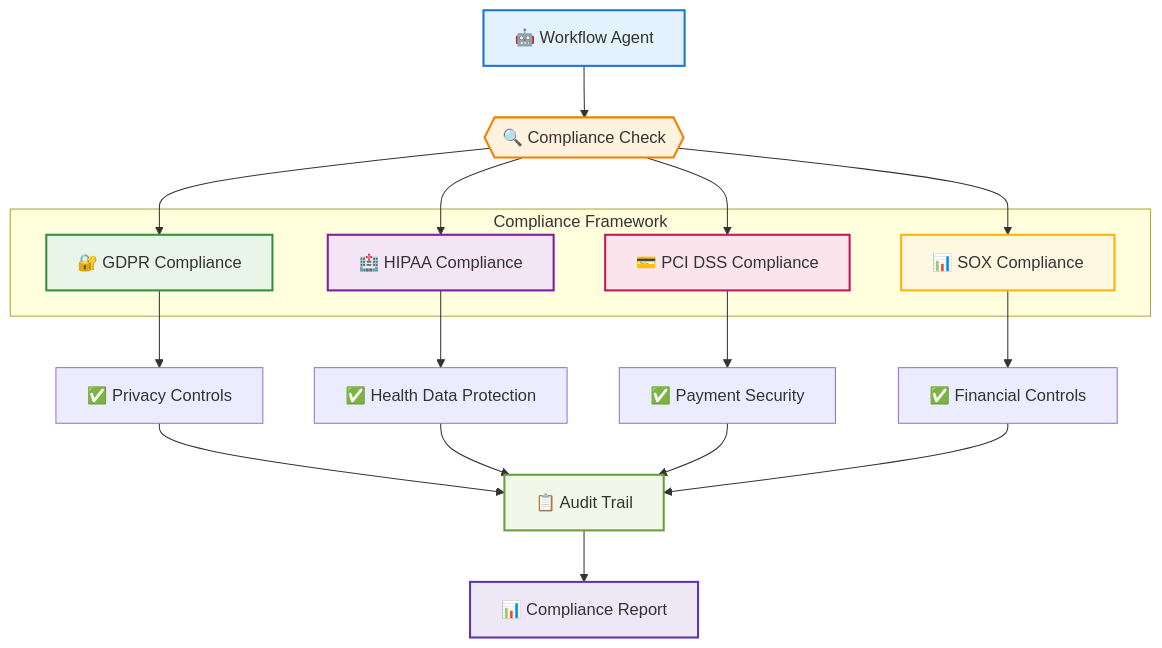
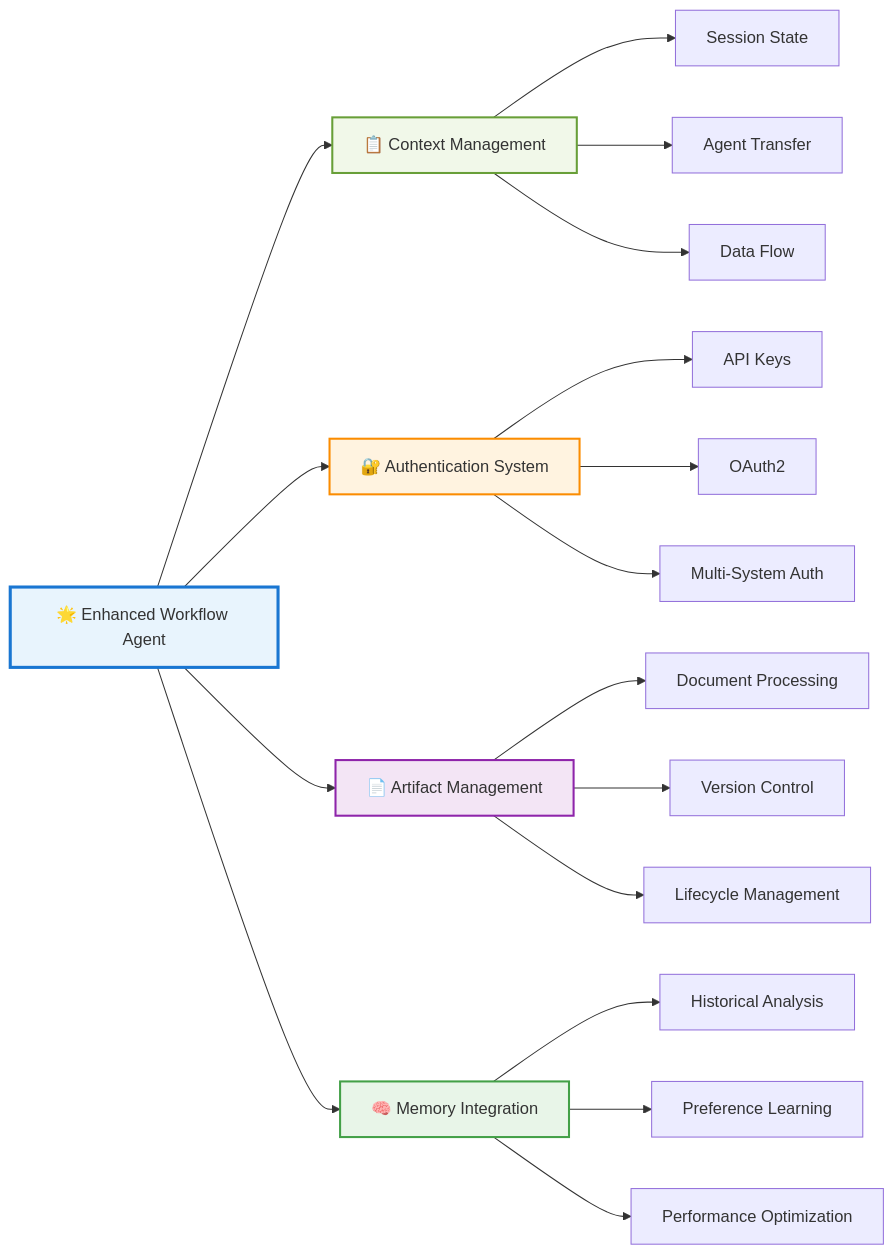
One commit to raphaelmansuy/tutorials changed the eighth of 8 diagrams in 07_agent/06_chapter.md. Above: the diagram before and after it, drawn with Mermaid. The commit also changed other lines of this file, not shown here.

Commit message:
Refactor Chapter 6 to enhance workflow agents with advanced authentication and security patterns. Introduced API key and OAuth2 management, integrated memory for intelligent decision-making, and improved context handling for user preferences and performance optimization.

````diff
--- a/07_agent/06_chapter.md
+++ b/07_agent/06_chapter.md
@@ -1125,37 +1611,29 @@
 ```mermaid
-flowchart TD
-    subgraph "Compliance Framework"
-        A["🔐 GDPR Compliance"]
-        B["🏥 HIPAA Compliance"]
-        C["💳 PCI DSS Compliance"]
-        D["📊 SOX Compliance"]
-    end
+flowchart LR
+    A["🌟 Enhanced Workflow Agent"] --> B["📋 Context Management"]
+    A --> C["🔐 Authentication System"]  
+    A --> D["📄 Artifact Management"]
+    A --> E["🧠 Memory Integration"]
     
-    E["🤖 Workflow Agent"] --> F{{"🔍 Compliance Check"}}
+    B --> B1["Session State"]
+    B --> B2["Agent Transfer"]
+    B --> B3["Data Flow"]
     
-    F --> A
-    F --> B
-    F --> C
-    F --> D
+    C --> C1["API Keys"]
+    C --> C2["OAuth2"]
+    C --> C3["Multi-System Auth"]
     
-    A --> G["✅ Privacy Controls"]
-    B --> H["✅ Health Data Protection"]
-    C --> I["✅ Payment Security"]
-    D --> J["✅ Financial Controls"]
+    D --> D1["Document Processing"]
+    D --> D2["Version Control"]
+    D --> D3["Lifecycle Management"]
     
-    G --> K["📋 Audit Trail"]
-    H --> K
-    I --> K
-    J --> K
+    E --> E1["Historical Analysis"]
+    E --> E2["Preference Learning"]  
+    E --> E3["Performance Optimization"]
     
-    K --> L["📊 Compliance Report"]
-    
-    style E fill:#E3F2FD,stroke:#1976D2,stroke-width:2px
-    style F fill:#FFF3E0,stroke:#F57C00,stroke-width:2px
-    style A fill:#E8F5E8,stroke:#388E3C,stroke-width:2px
-    style B fill:#F3E5F5,stroke:#7B1FA2,stroke-width:2px
-    style C fill:#FCE4EC,stroke:#C2185B,stroke-width:2px
-    style D fill:#FFF8E1,stroke:#FFB300,stroke-width:2px
-    style K fill:#F1F8E9,stroke:#689F38,stroke-width:2px
-    style L fill:#EDE7F6,stroke:#5E35B1,stroke-width:2px
+    style A fill:#E8F4FD,stroke:#1976D2,stroke-width:3px
+    style B fill:#F1F8E9,stroke:#689F38,stroke-width:2px
+    style C fill:#FFF3E0,stroke:#FB8C00,stroke-width:2px
+    style D fill:#F3E5F5,stroke:#8E24AA,stroke-width:2px
+    style E fill:#E8F5E8,stroke:#43A047,stroke-width:2px
 ```
````
